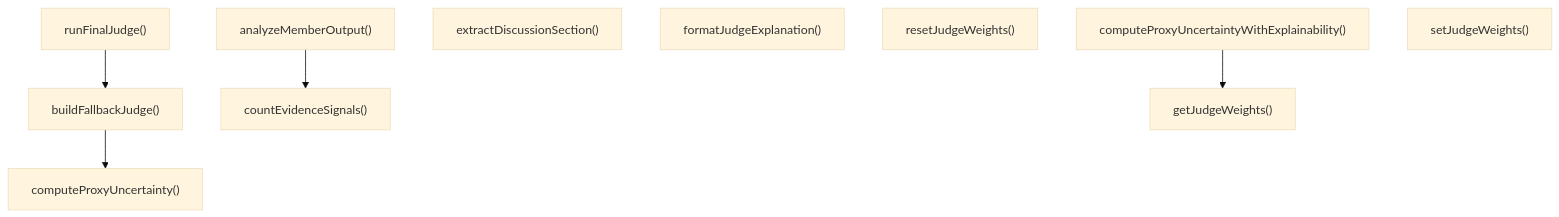
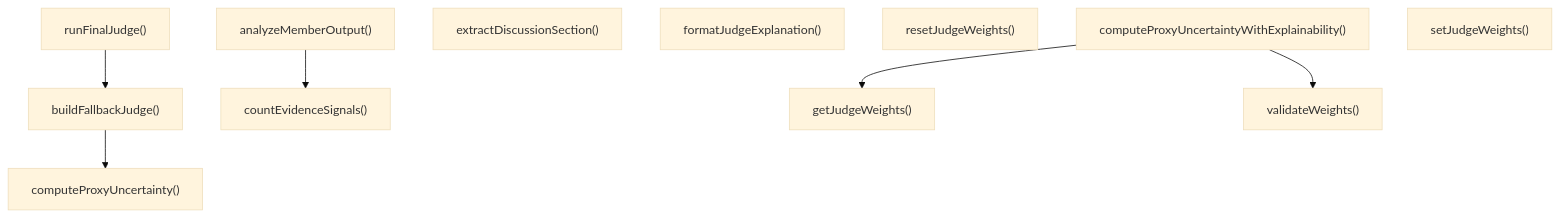
The third of 4 diagrams in ABDD/.pi/extensions/agent-teams/judge.md (Mekann2904/mekann), drawn with Mermaid (base theme) before and after one commit. The commit also changed other lines of this file and 205 other files, not shown here.

````diff
--- a/ABDD/.pi/extensions/agent-teams/judge.md
+++ b/ABDD/.pi/extensions/agent-teams/judge.md
@@ -88,18 +90,20 @@
 ```mermaid
 flowchart TD
   analyzeMemberOutput["analyzeMemberOutput()"]
   buildFallbackJudge["buildFallbackJudge()"]
   computeProxyUncertainty["computeProxyUncertainty()"]
   computeProxyUncertaintyWithExplainability["computeProxyUncertaintyWithExplainability()"]
   countEvidenceSignals["countEvidenceSignals()"]
   extractDiscussionSection["extractDiscussionSection()"]
   formatJudgeExplanation["formatJudgeExplanation()"]
   getJudgeWeights["getJudgeWeights()"]
   resetJudgeWeights["resetJudgeWeights()"]
   runFinalJudge["runFinalJudge()"]
   setJudgeWeights["setJudgeWeights()"]
+  validateWeights["validateWeights()"]
   analyzeMemberOutput --> countEvidenceSignals
   buildFallbackJudge --> computeProxyUncertainty
   computeProxyUncertaintyWithExplainability --> getJudgeWeights
+  computeProxyUncertaintyWithExplainability --> validateWeights
   runFinalJudge --> buildFallbackJudge
 ```
````
